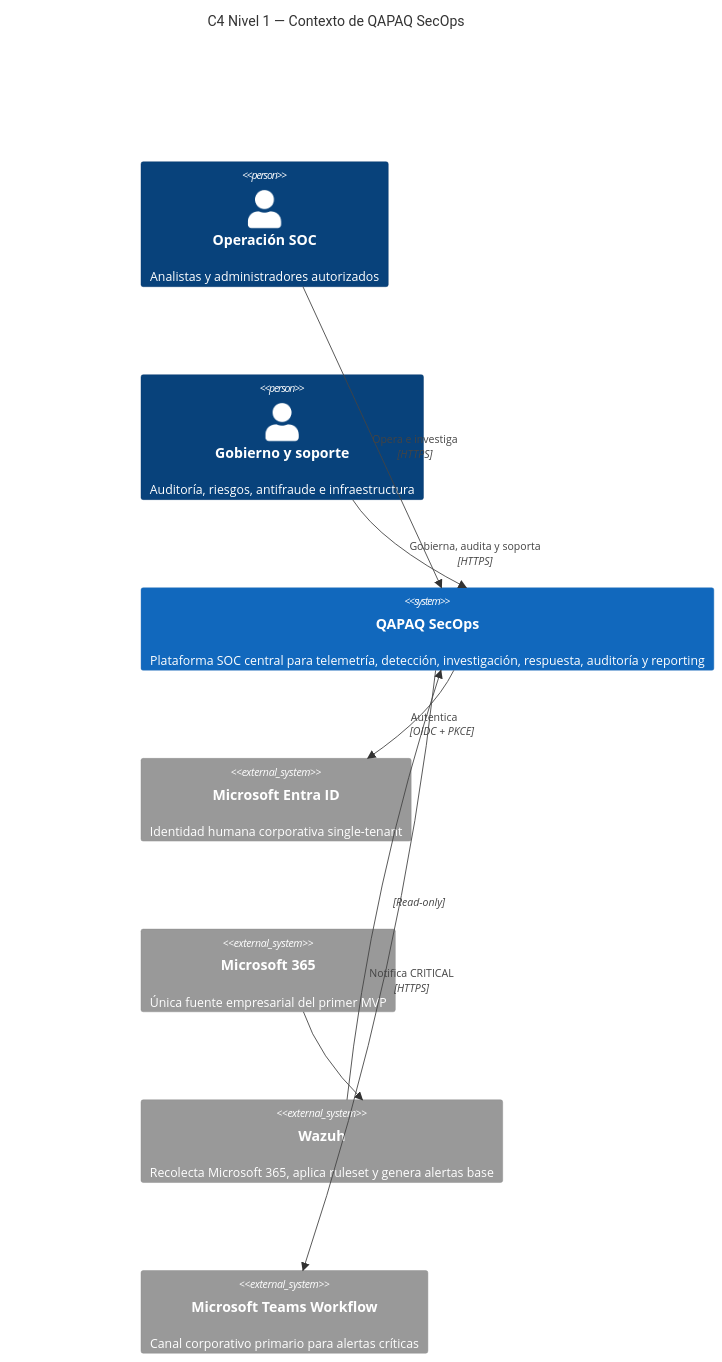
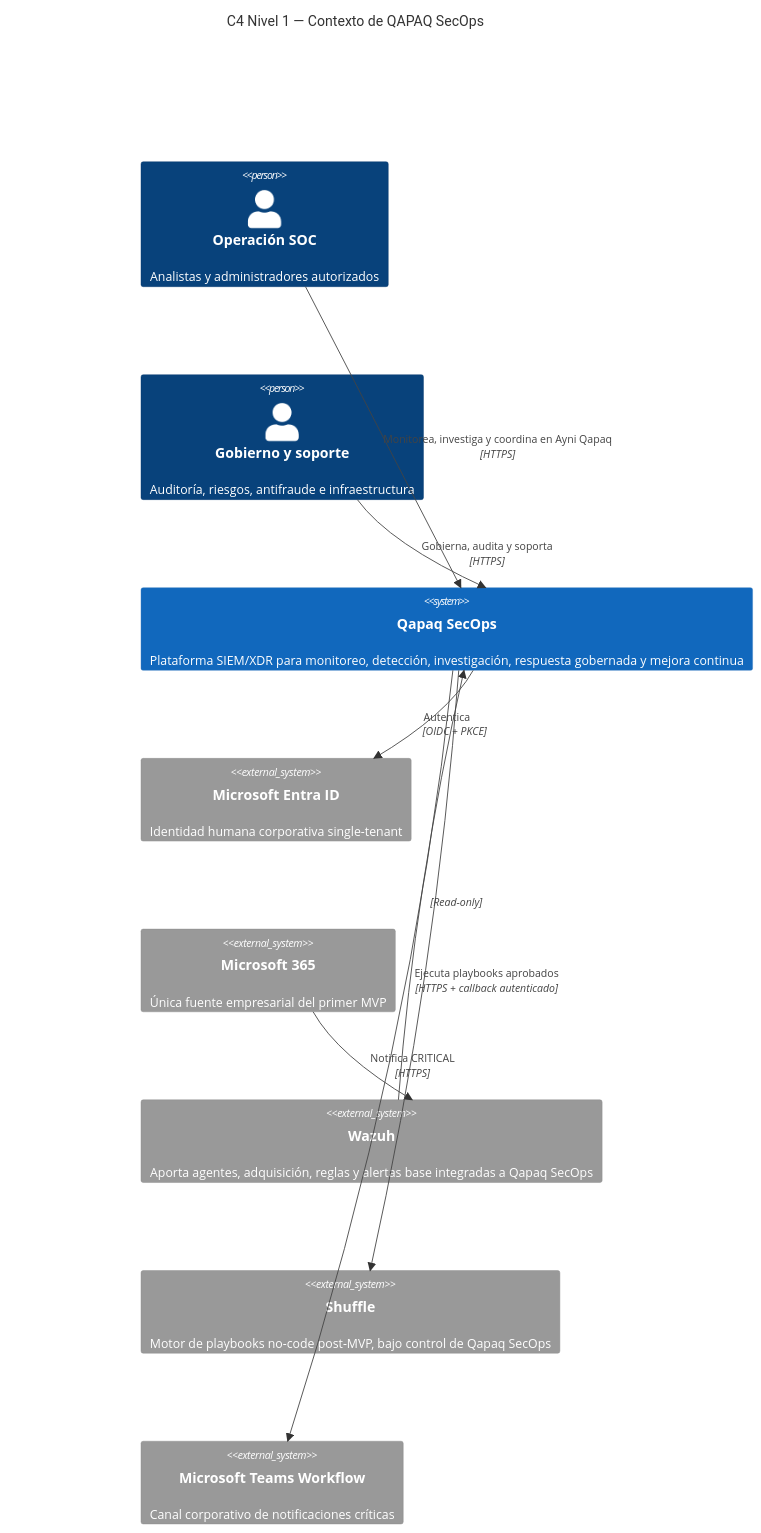
Before and after one commit to CyberStill-GmbH/qapaq-secops: the diagram in docs/diagrams/01-system-context.mmd, drawn with Mermaid. The commit also changed 33 other files, not shown here.

```diff
--- a/docs/diagrams/01-system-context.mmd
+++ b/docs/diagrams/01-system-context.mmd
@@ -1,19 +1,21 @@
 C4Context
     title C4 Nivel 1 — Contexto de QAPAQ SecOps
 
     Person(soc, "Operación SOC", "Analistas y administradores autorizados")
     Person(governance, "Gobierno y soporte", "Auditoría, riesgos, antifraude e infraestructura")
 
-    System(qapaq, "QAPAQ SecOps", "Plataforma SOC central para telemetría, detección, investigación, respuesta, auditoría y reporting")
+    System(qapaq, "Qapaq SecOps", "Plataforma SIEM/XDR para monitoreo, detección, investigación, respuesta gobernada y mejora continua")
 
     System_Ext(entra, "Microsoft Entra ID", "Identidad humana corporativa single-tenant")
     System_Ext(m365, "Microsoft 365", "Única fuente empresarial del primer MVP")
-    System_Ext(wazuh, "Wazuh", "Recolecta Microsoft 365, aplica ruleset y genera alertas base")
-    System_Ext(teams, "Microsoft Teams Workflow", "Canal corporativo primario para alertas críticas")
+    System_Ext(wazuh, "Wazuh", "Aporta agentes, adquisición, reglas y alertas base integradas a Qapaq SecOps")
+    System_Ext(shuffle, "Shuffle", "Motor de playbooks no-code post-MVP, bajo control de Qapaq SecOps")
+    System_Ext(teams, "Microsoft Teams Workflow", "Canal corporativo de notificaciones críticas")
 
-    Rel(soc, qapaq, "Opera e investiga", "HTTPS")
+    Rel(soc, qapaq, "Monitorea, investiga y coordina en Ayni Qapaq", "HTTPS")
     Rel(governance, qapaq, "Gobierna, audita y soporta", "HTTPS")
     Rel(qapaq, entra, "Autentica", "OIDC + PKCE")
     Rel(m365, wazuh, "")
     Rel(wazuh, qapaq, "", "Read-only")
     Rel_R(qapaq, teams, "Notifica CRITICAL", "HTTPS")
+    Rel(qapaq, shuffle, "Ejecuta playbooks aprobados", "HTTPS + callback autenticado")
```
